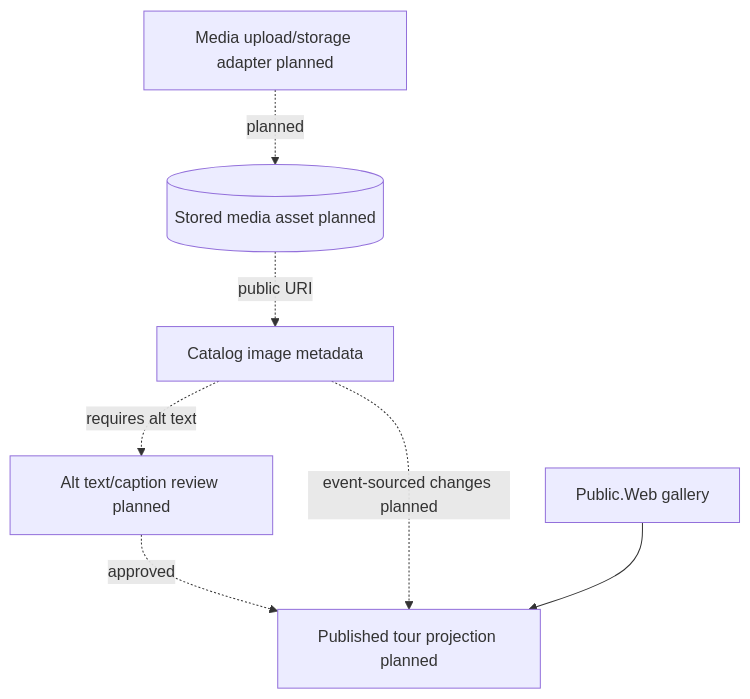
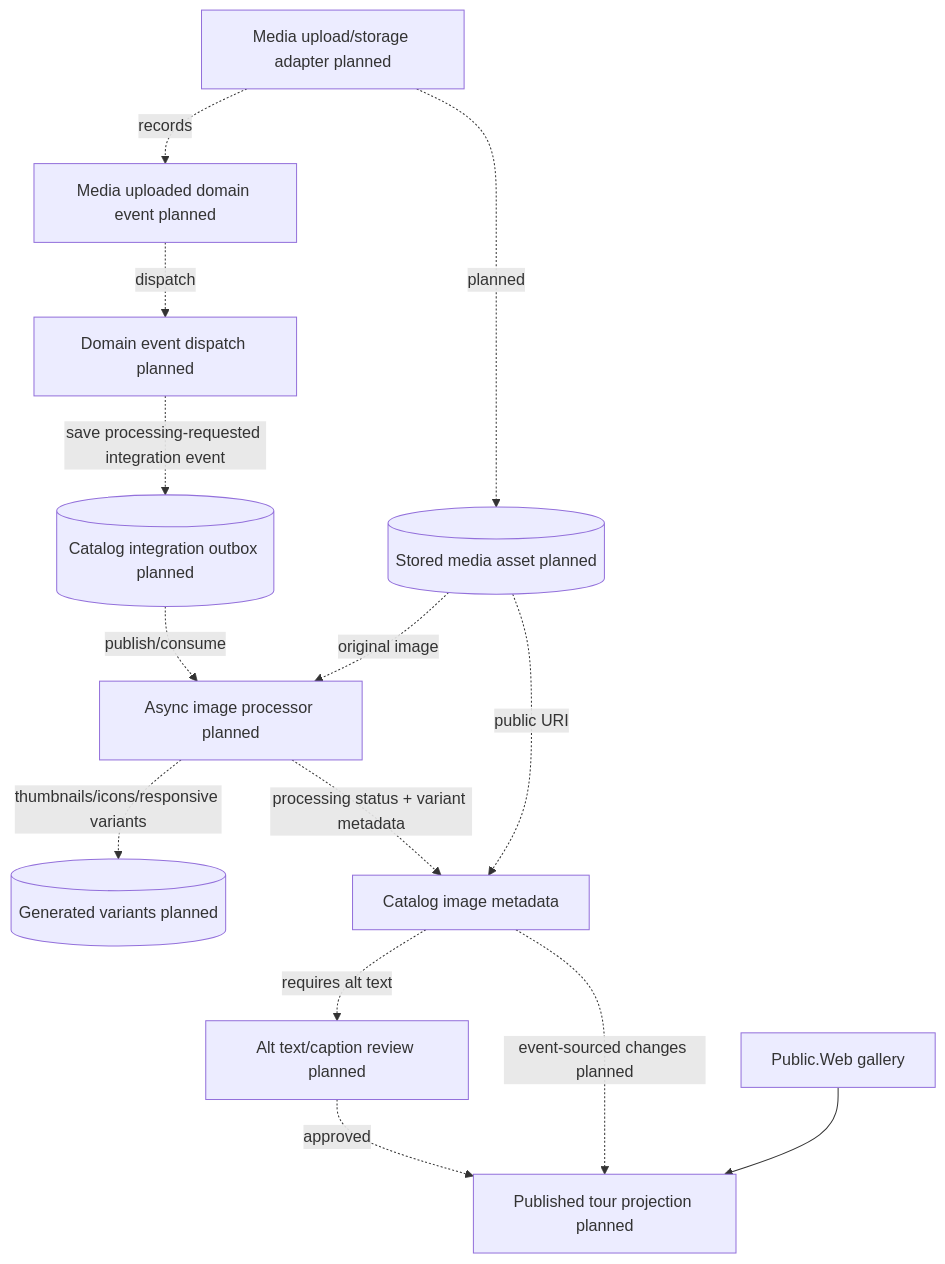
The ninth of 9 diagrams in docs/architecture/FLOWS.md (danigutsch/ViajantesTurismo), drawn with Mermaid before and after one commit. The commit also changed other lines of this file and 18 other files, not shown here.

Commit message:
feat(shared-kernel): add image processing variants

````diff
--- a/docs/architecture/FLOWS.md
+++ b/docs/architecture/FLOWS.md
@@ -250,16 +257,28 @@
 ```mermaid
 flowchart TB
     upload[Media upload/storage adapter planned]
     asset[(Stored media asset planned)]
+    domainEvent[Media uploaded domain event planned]
+    domainDispatch[Domain event dispatch planned]
+    outbox[(Catalog integration outbox planned)]
+    processor[Async image processor planned]
+    variants[(Generated variants planned)]
     metadata[Catalog image metadata]
     review[Alt text/caption review planned]
     projection[Published tour projection planned]
     publicWeb[Public.Web gallery]
 
     upload -. planned .-> asset
+    upload -. records .-> domainEvent
+    domainEvent -. dispatch .-> domainDispatch
+    domainDispatch -. save processing-requested integration event .-> outbox
+    outbox -. publish/consume .-> processor
+    asset -. original image .-> processor
+    processor -. thumbnails/icons/responsive variants .-> variants
+    processor -. processing status + variant metadata .-> metadata
     asset -. public URI .-> metadata
     metadata -. requires alt text .-> review
     review -. approved .-> projection
     metadata -. event-sourced changes planned .-> projection
     publicWeb --> projection
 ```
````
